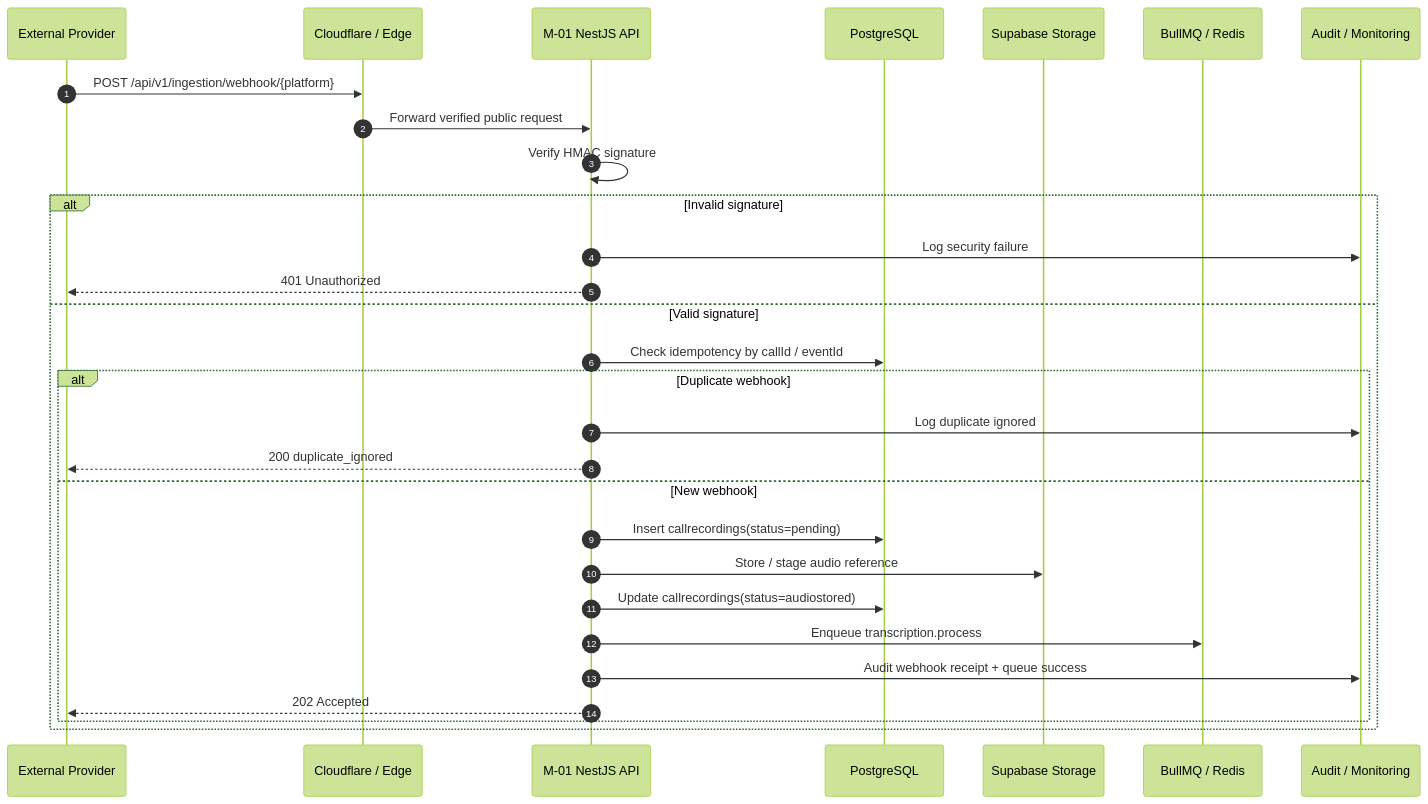
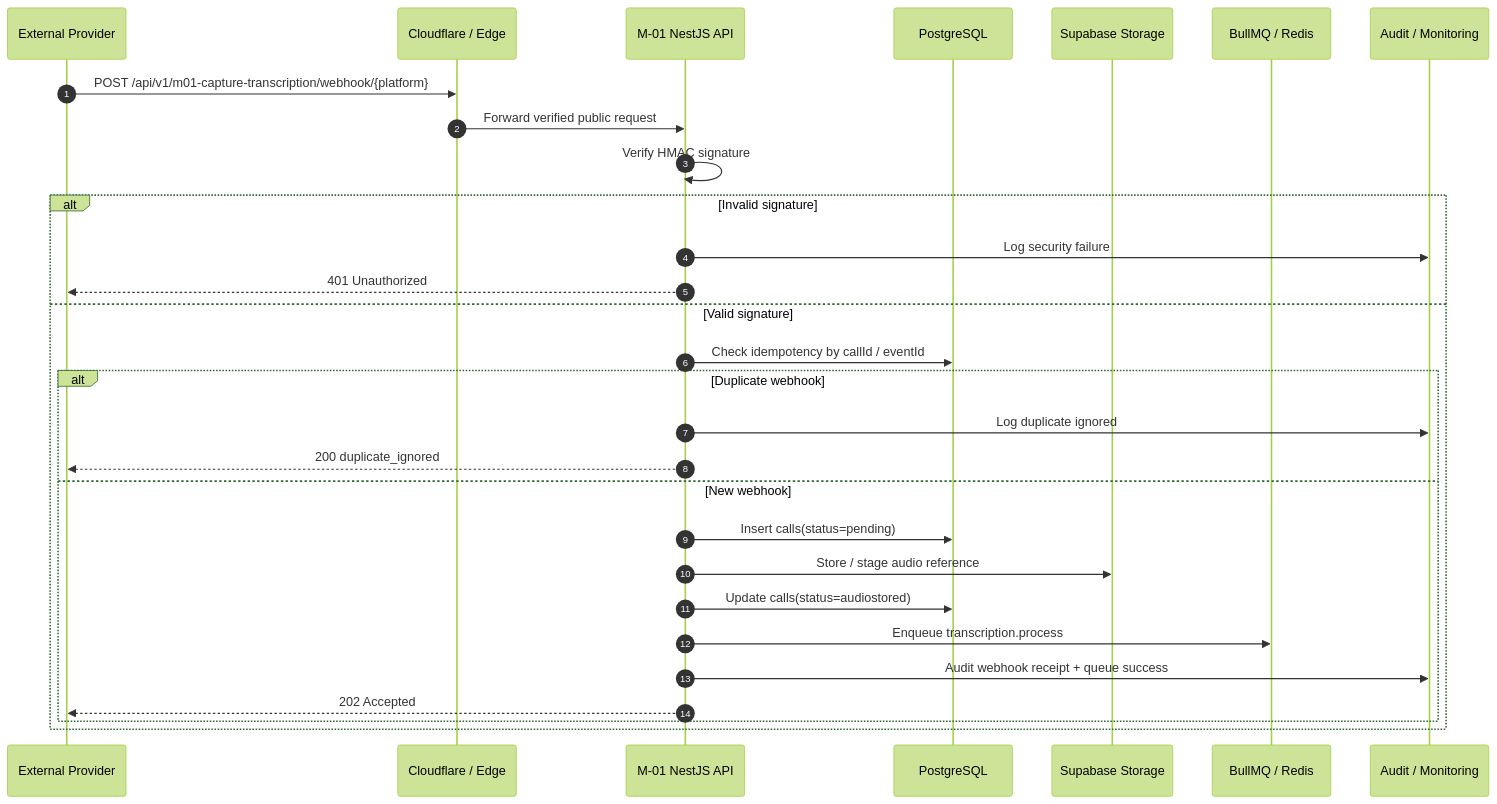
One commit to PoojaTiwari09/FB-and-RP-Fixes changed the first of 4 diagrams in Reference documents/M1 Capture & Transcription/m1-sequence diagram.md. Above: the diagram before and after it, drawn with Mermaid (forest theme). The commit also changed other lines of this file and 79 other files, not shown here.

````diff
--- a/Reference documents/M1 Capture & Transcription/m1-sequence diagram.md
+++ b/Reference documents/M1 Capture & Transcription/m1-sequence diagram.md
@@ -77,33 +77,33 @@
 ```mermaid
 sequenceDiagram
     autonumber
     participant EXT as External Provider
     participant EDGE as Cloudflare / Edge
     participant API as M-01 NestJS API
     participant DB as PostgreSQL
     participant ST as Supabase Storage
     participant Q as BullMQ / Redis
     participant OBS as Audit / Monitoring
 
-    EXT->>EDGE: POST /api/v1/ingestion/webhook/{platform}
+    EXT->>EDGE: POST /api/v1/m01-capture-transcription/webhook/{platform}
     EDGE->>API: Forward verified public request
     API->>API: Verify HMAC signature
 
     alt Invalid signature
         API->>OBS: Log security failure
         API-->>EXT: 401 Unauthorized
     else Valid signature
         API->>DB: Check idempotency by callId / eventId
         alt Duplicate webhook
             API->>OBS: Log duplicate ignored
             API-->>EXT: 200 duplicate_ignored
         else New webhook
-            API->>DB: Insert callrecordings(status=pending)
+            API->>DB: Insert calls(status=pending)
             API->>ST: Store / stage audio reference
-            API->>DB: Update callrecordings(status=audiostored)
+            API->>DB: Update calls(status=audiostored)
             API->>Q: Enqueue transcription.process
             API->>OBS: Audit webhook receipt + queue success
             API-->>EXT: 202 Accepted
         end
     end
 ```
````
